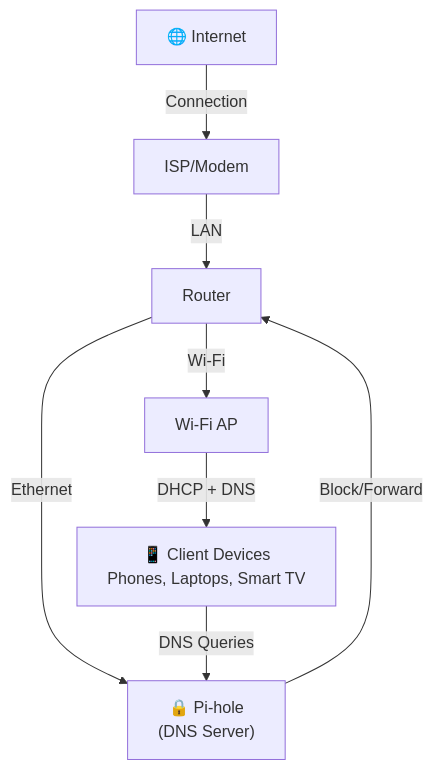
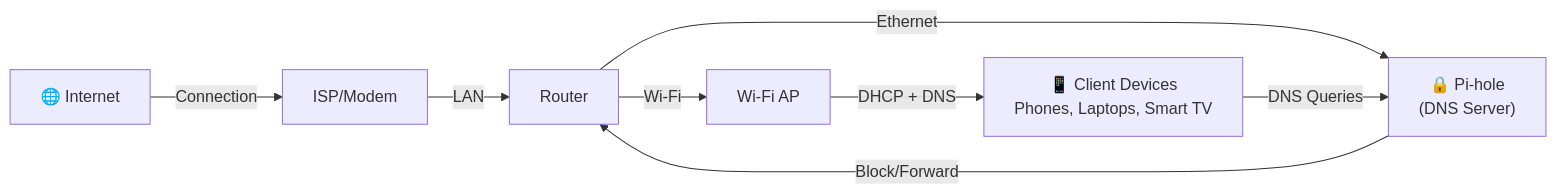
One commit to CodeHubOrg/intro-to-home-networking changed the first of 2 diagrams in slides.md. Above: the diagram before and after it, drawn with Mermaid. The commit also changed other lines of this file and 1 other file, not shown here.

Commit message:
refine: fit mermaid diagrams for 16:9 slides

````diff
--- a/slides.md
+++ b/slides.md
@@ -30,17 +30,17 @@
 ```mermaid
-graph TD
+graph LR
     Internet["🌐 Internet"]
     ISP["ISP/Modem"]
     Router["Router"]
     WiFi["Wi-Fi AP"]
     PiHole["🔒 Pi-hole<br/>(DNS Server)"]
     Devices["📱 Client Devices<br/>Phones, Laptops, Smart TV"]
-    
+
     Internet -->|Connection| ISP
     ISP -->|LAN| Router
     Router -->|Ethernet| PiHole
     Router -->|Wi-Fi| WiFi
     WiFi -->|DHCP + DNS| Devices
     Devices -->|DNS Queries| PiHole
     PiHole -->|Block/Forward| Router
 ```
````
